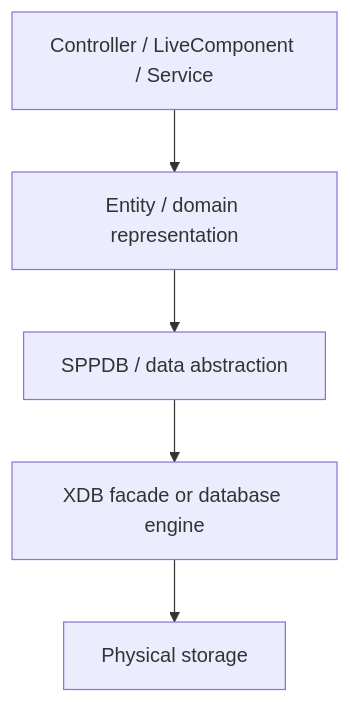
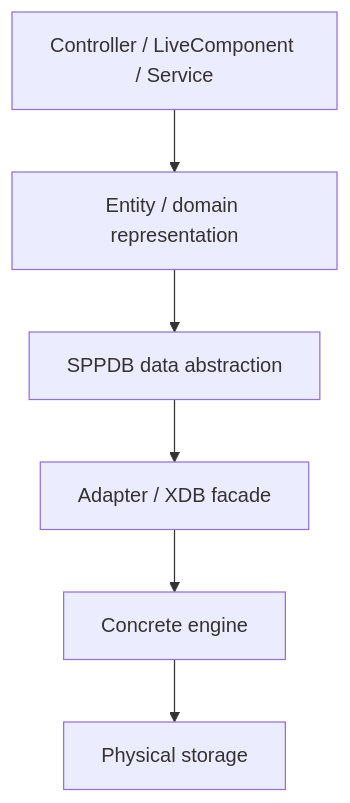
Before and after one commit to shuklasp/spp: the first of 5 diagrams in documentation/handbook/40-data-entities-sppdb-and-xdb.md, drawn with Mermaid. The commit also changed other lines of this file, not shown here.

Commit message:
docs: reconcile persistence architecture branch

````diff
--- a/documentation/handbook/40-data-entities-sppdb-and-xdb.md
+++ b/documentation/handbook/40-data-entities-sppdb-and-xdb.md
@@ -24,7 +7,8 @@
 ```mermaid
 flowchart TD
     A[Controller / LiveComponent / Service] --> B[Entity / domain representation]
-    B --> C[SPPDB / data abstraction]
-    C --> D[XDB facade or database engine]
-    D --> E[Physical storage]
+    B --> C[SPPDB data abstraction]
+    C --> D[Adapter / XDB facade]
+    D --> E[Concrete engine]
+    E --> F[Physical storage]
 ```
````
